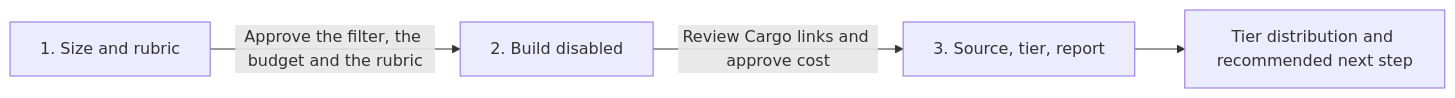
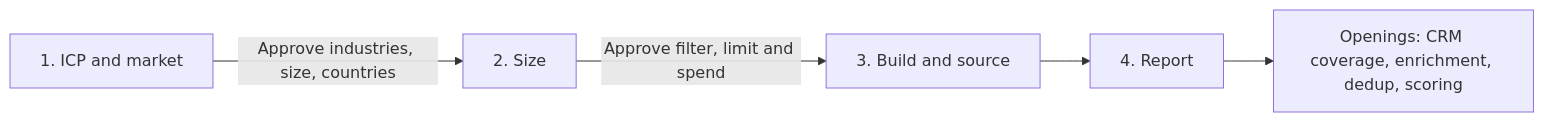
One commit to getcargohq/gtm-skills changed the diagram in tam-building/SKILL.md. Above: the diagram before and after it, drawn with Mermaid. The commit also changed other lines of this file and 19 other files, not shown here.

````diff
--- a/tam-building/SKILL.md
+++ b/tam-building/SKILL.md
@@ -86,6 +81,7 @@
 ```mermaid
 flowchart LR
-  size["1. Size and rubric"] -->|"Approve the filter, the budget and the rubric"| build["2. Build disabled"]
-  build -->|"Review Cargo links and approve cost"| run["3. Source, tier, report"]
-  run --> report["Tier distribution and recommended next step"]
+  icp["1. ICP and market"] -->|"Approve industries, size, countries"| size["2. Size"]
+  size -->|"Approve filter, limit and spend"| build["3. Build and source"]
+  build --> report["4. Report"]
+  report --> next["Openings: CRM coverage, enrichment, dedup, scoring"]
 ```
````
